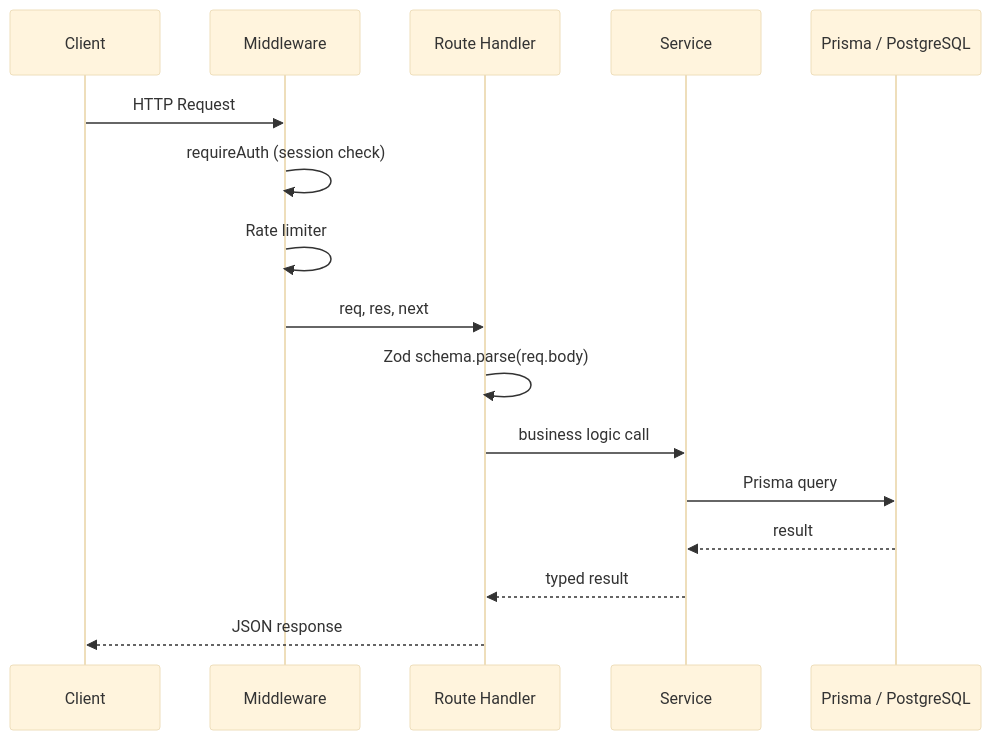
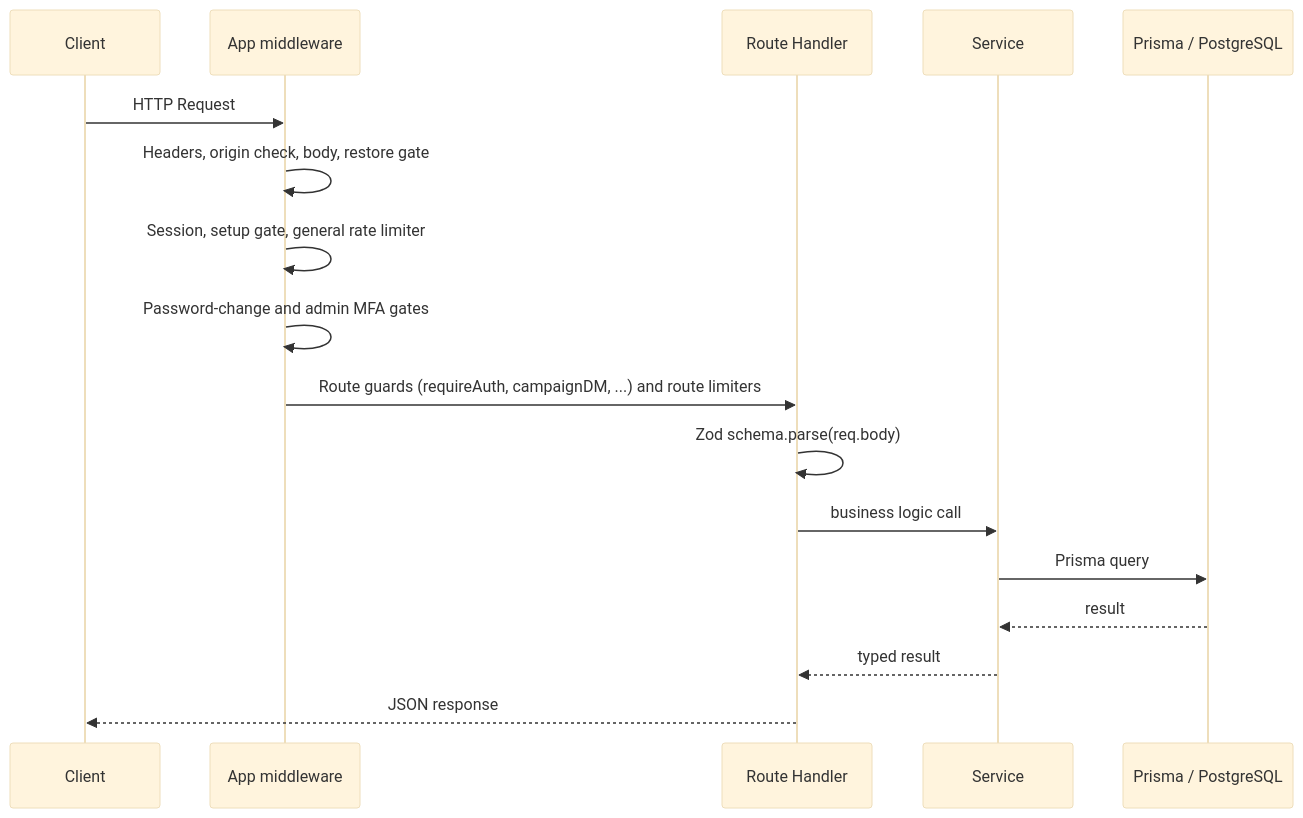
Before and after one commit to CheekyChinchilla/CozyVTT: the second of 6 diagrams in docs/ARCHITECTURE.md, drawn with Mermaid (base theme). The commit also changed other lines of this file, not shown here.

First line of the commit message:
List createApp's middleware order in the architecture guide

````diff
--- a/docs/ARCHITECTURE.md
+++ b/docs/ARCHITECTURE.md
@@ -160,19 +194,20 @@
 ```mermaid
 sequenceDiagram
     participant C as Client
-    participant M as Middleware
+    participant M as App middleware
     participant R as Route Handler
     participant S as Service
     participant DB as Prisma / PostgreSQL
 
     C->>M: HTTP Request
-    M->>M: requireAuth (session check)
-    M->>M: Rate limiter
-    M->>R: req, res, next
+    M->>M: Headers, origin check, body, restore gate
+    M->>M: Session, setup gate, general rate limiter
+    M->>M: Password-change and admin MFA gates
+    M->>R: Route guards (requireAuth, campaignDM, ...) and route limiters
     R->>R: Zod schema.parse(req.body)
     R->>S: business logic call
     S->>DB: Prisma query
     DB-->>S: result
     S-->>R: typed result
     R-->>C: JSON response
 ```
````
